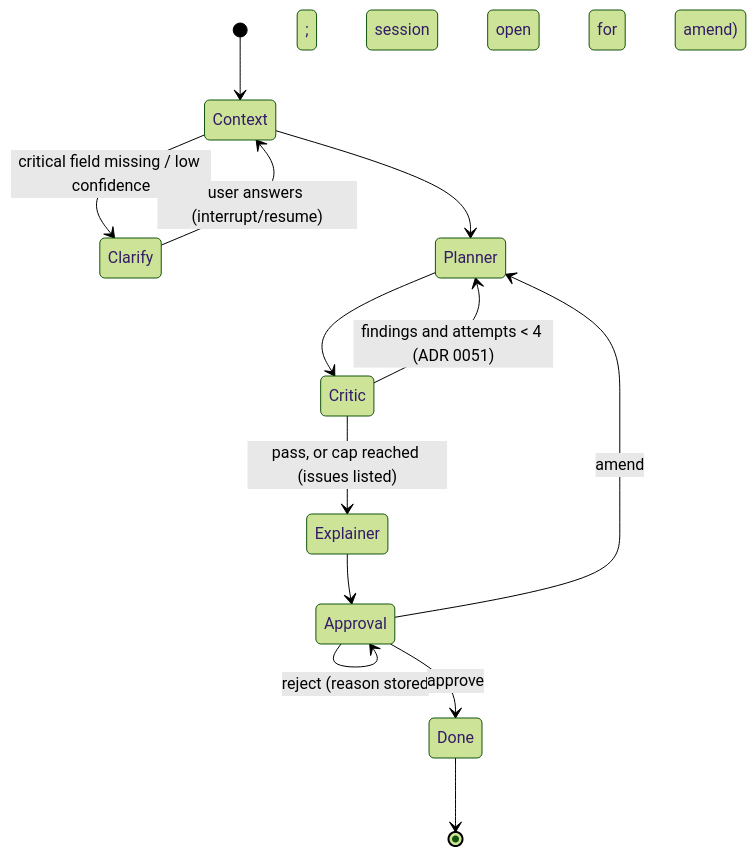
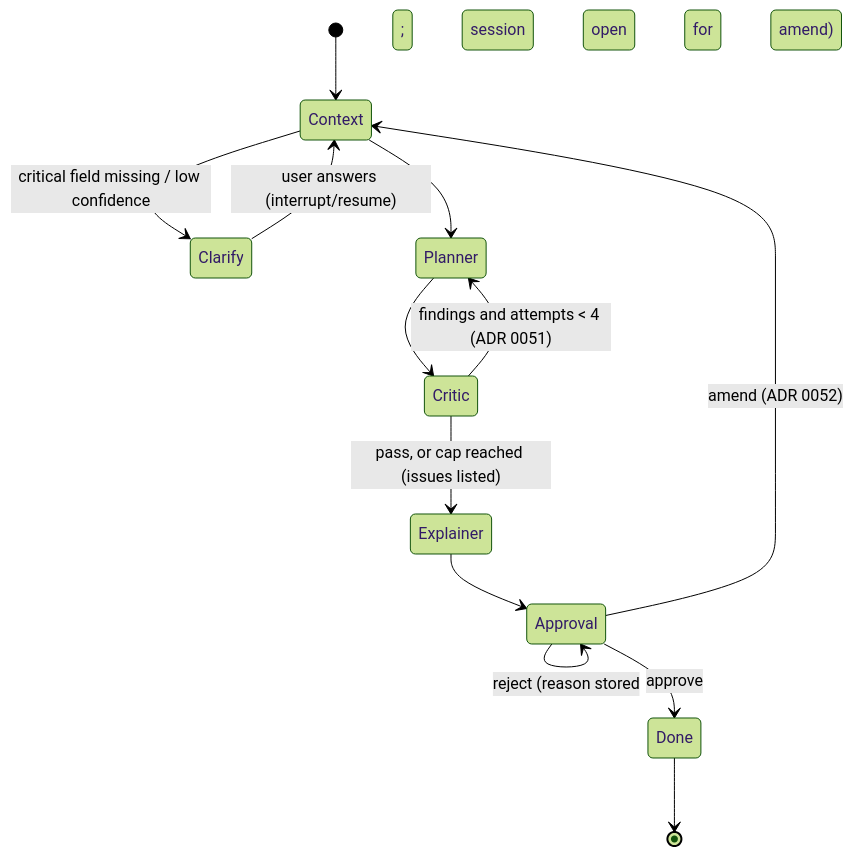
Before and after one commit to asalwania/promopilot: the second of 2 diagrams in SPEC.md, drawn with Mermaid (forest theme). The commit also changed other lines of this file and 32 other files, not shown here.

````diff
--- a/SPEC.md
+++ b/SPEC.md
@@ -544,15 +544,15 @@
 ```mermaid
 stateDiagram-v2
   [*] --> Context
   Context --> Clarify: critical field missing / low confidence
   Clarify --> Context: user answers (interrupt/resume)
   Context --> Planner
   Planner --> Critic
   Critic --> Planner: findings and attempts < 4 (ADR 0051)
   Critic --> Explainer: pass, or cap reached (issues listed)
   Explainer --> Approval
-  Approval --> Planner: amend
+  Approval --> Context: amend (ADR 0052)
   Approval --> Approval: reject (reason stored; session open for amend)
   Approval --> Done: approve
   Done --> [*]
 ```
````
